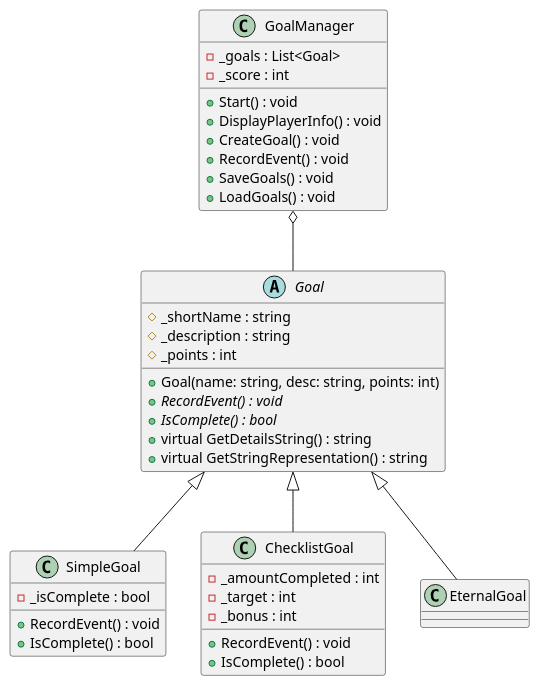
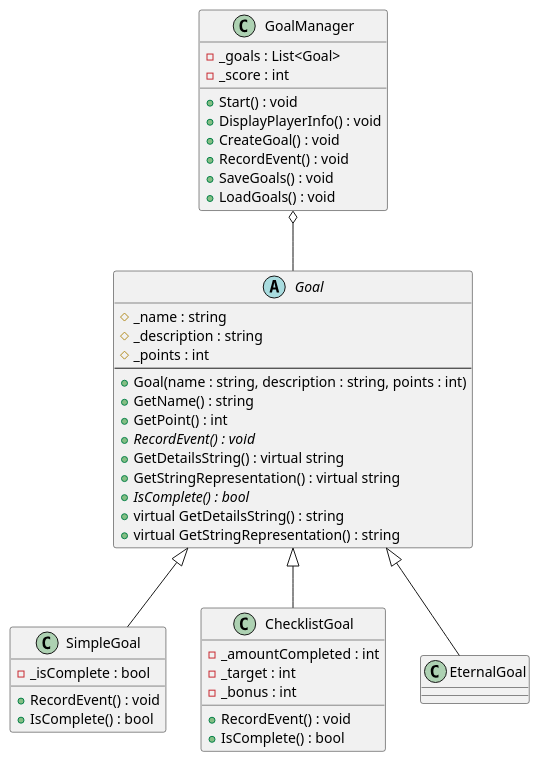
One commit to automotopia2/cse21---projects changed the diagram in prove/Develop05/D05_UML.puml. Above: the diagram before and after it, drawn with PlantUML. The commit also changed 4 other files, not shown here.

```diff
--- a/prove/Develop05/D05_UML.puml
+++ b/prove/Develop05/D05_UML.puml
@@ -1,42 +1,47 @@
 @startuml
 abstract class Goal {
-  # _shortName : string
+  # _name : string
   # _description : string
   # _points : int
-  + Goal(name: string, desc: string, points: int)
+  --
+  + Goal(name : string, description : string, points : int)
+  + GetName() : string
+  + GetPoint() : int
   + {abstract} RecordEvent() : void
+  + GetDetailsString() : virtual string
+  + GetStringRepresentation() : virtual string
   + {abstract} IsComplete() : bool
   + virtual GetDetailsString() : string
   + virtual GetStringRepresentation() : string
 }
 
 class SimpleGoal {
   - _isComplete : bool
   + RecordEvent() : void
   + IsComplete() : bool
 }
 
 class ChecklistGoal {
   - _amountCompleted : int
   - _target : int
   - _bonus : int
   + RecordEvent() : void
   + IsComplete() : bool
 }
 
 class GoalManager {
   - _goals : List<Goal>
   - _score : int
   + Start() : void
   + DisplayPlayerInfo() : void
   + CreateGoal() : void
   + RecordEvent() : void
   + SaveGoals() : void
   + LoadGoals() : void
 }
 
 Goal <|-- SimpleGoal
 Goal <|-- EternalGoal
 Goal <|-- ChecklistGoal
 GoalManager o-- Goal
 @enduml
```
